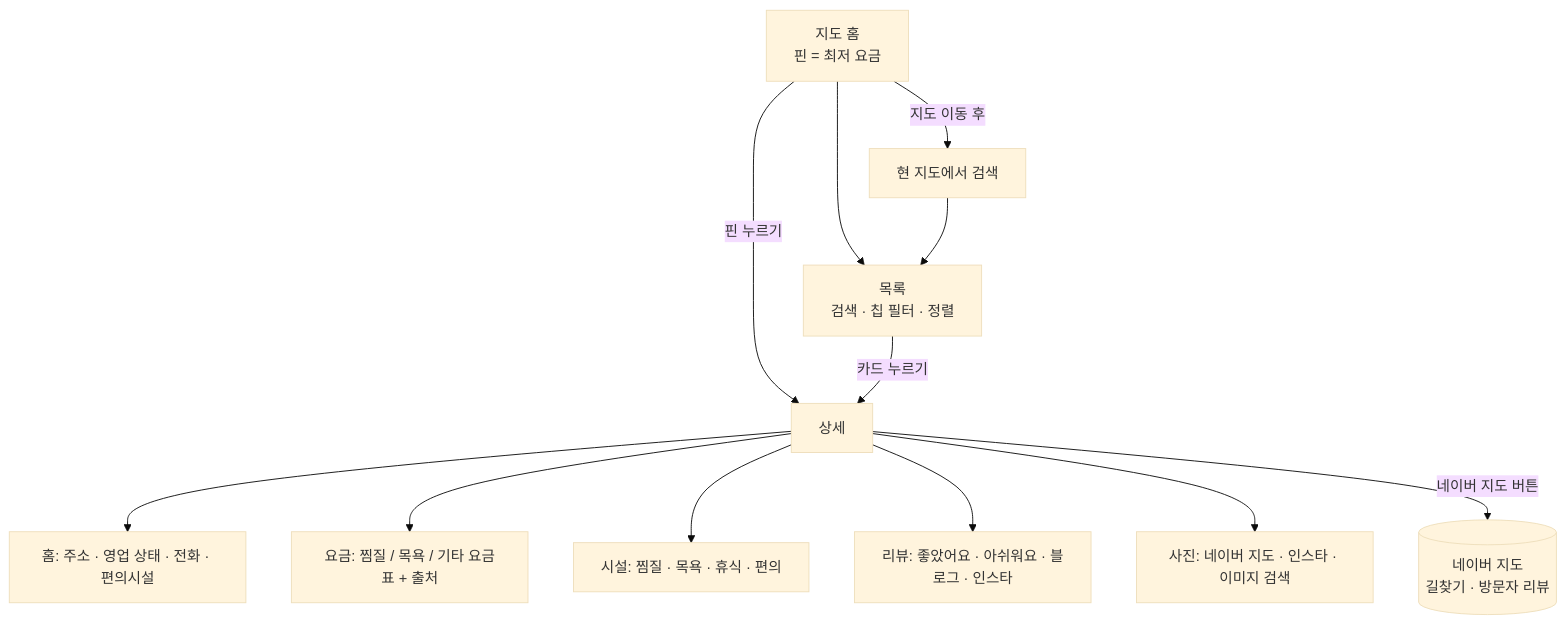
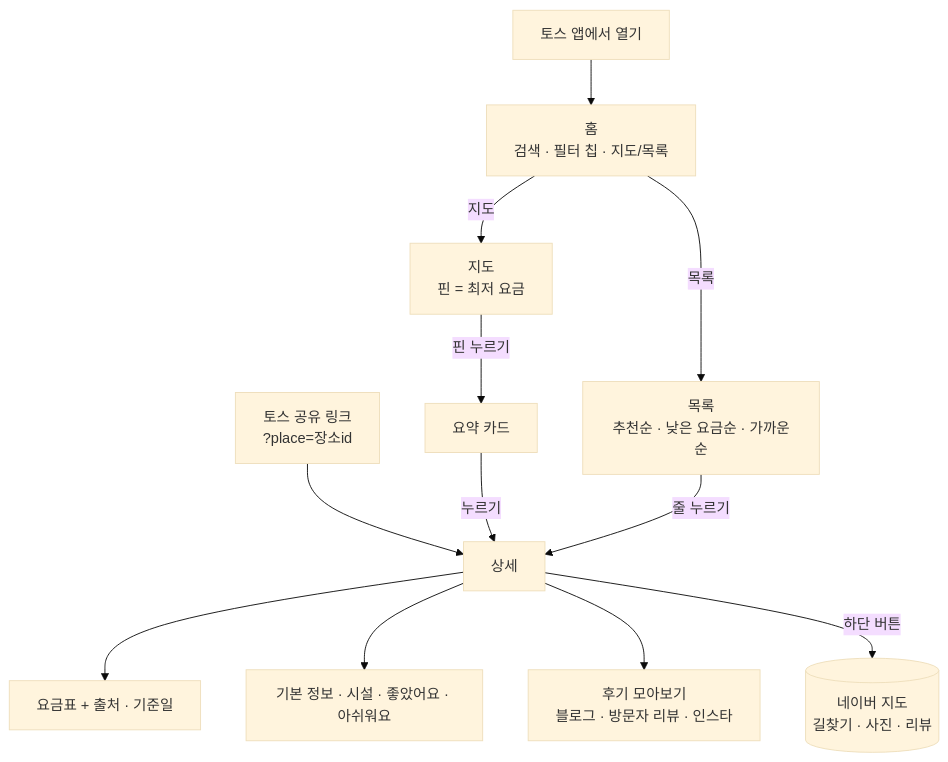
The first of 2 diagrams in jjimjilbang-map/docs/기획서.md (howoo101/test), drawn with Mermaid (base theme) before and after one commit. The commit also changed other lines of this file and 43 other files, not shown here.

````diff
--- a/jjimjilbang-map/docs/기획서.md
+++ b/jjimjilbang-map/docs/기획서.md
@@ -96,14 +132,14 @@
 ```mermaid
 flowchart TD
-  H[지도 홈<br/>핀 = 최저 요금] --> L[목록<br/>검색 · 칩 필터 · 정렬]
-  H -->|핀 누르기| D[상세]
-  L -->|카드 누르기| D
-  H -->|지도 이동 후| A[현 지도에서 검색]
-  A --> L
-  D --> T1[홈: 주소 · 영업 상태 · 전화 · 편의시설]
-  D --> T2[요금: 찜질 / 목욕 / 기타 요금표 + 출처]
-  D --> T3[시설: 찜질 · 목욕 · 휴식 · 편의]
-  D --> T4[리뷰: 좋았어요 · 아쉬워요 · 블로그 · 인스타]
-  D --> T5[사진: 네이버 지도 · 인스타 · 이미지 검색]
-  D -->|네이버 지도 버튼| N[(네이버 지도<br/>길찾기 · 방문자 리뷰)]
+  T[토스 앱에서 열기] --> H[홈<br/>검색 · 필터 칩 · 지도/목록]
+  S[토스 공유 링크<br/>?place=장소id] --> D
+  H -->|지도| M[지도<br/>핀 = 최저 요금]
+  H -->|목록| L[목록<br/>추천순 · 낮은 요금순 · 가까운순]
+  M -->|핀 누르기| C[요약 카드]
+  C -->|누르기| D[상세]
+  L -->|줄 누르기| D
+  D --> P[요금표 + 출처 · 기준일]
+  D --> I[기본 정보 · 시설 · 좋았어요 · 아쉬워요]
+  D --> R[후기 모아보기<br/>블로그 · 방문자 리뷰 · 인스타]
+  D -->|하단 버튼| N[(네이버 지도<br/>길찾기 · 사진 · 리뷰)]
 ```
````
